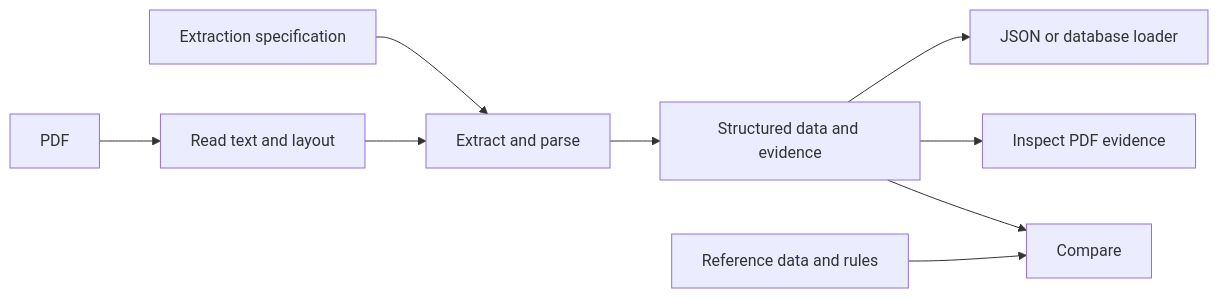
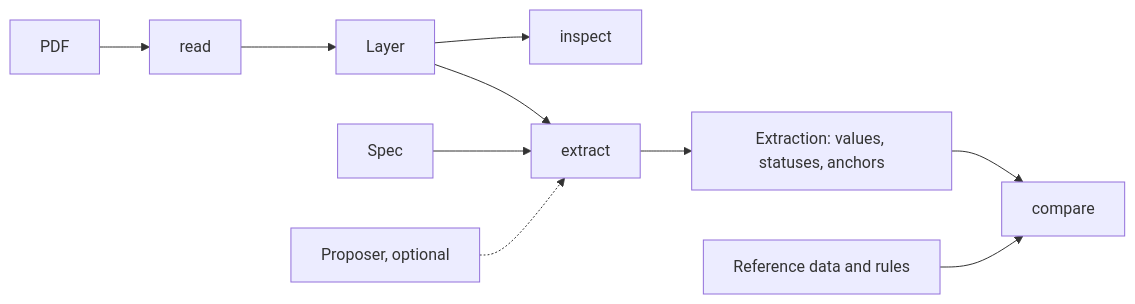
One commit to nebu-tools/janus changed the diagram in DESIGN.md. Above: the diagram before and after it, drawn with Mermaid. The commit also changed other lines of this file and 25 other files, not shown here.

First line of the commit message:
Add janus-pdf: the document layer as a standalone package

````diff
--- a/DESIGN.md
+++ b/DESIGN.md
@@ -3,11 +15,11 @@
 ```mermaid
 flowchart LR
-    P[PDF] --> R[Read text and layout]
-    S[Extraction specification] --> E[Extract and parse]
-    R --> E
-    E --> D[Structured data and evidence]
-    D --> J[JSON or database loader]
-    D --> I[Inspect PDF evidence]
-    D --> C[Compare]
-    T[Reference data and rules] --> C
+    PDF --> R[read] --> L[Layer]
+    S[Spec] --> X[extract]
+    L --> X
+    P[Proposer, optional] -.-> X
+    X --> E[Extraction: values, statuses, anchors]
+    E --> C[compare]
+    Ref[Reference data and rules] --> C
+    L --> I[inspect]
 ```
````
